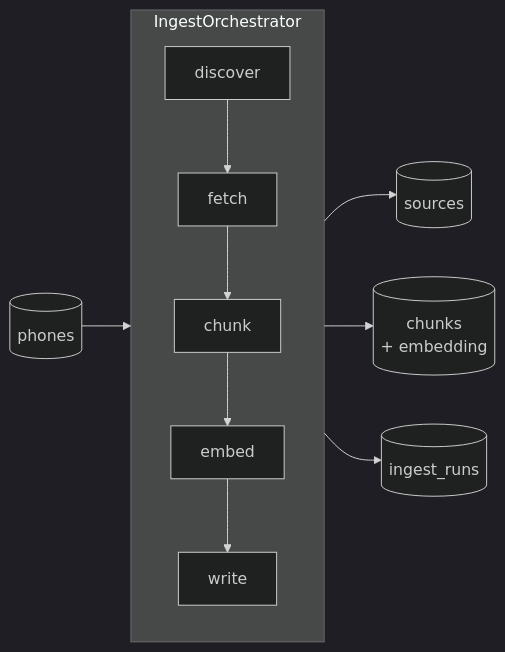
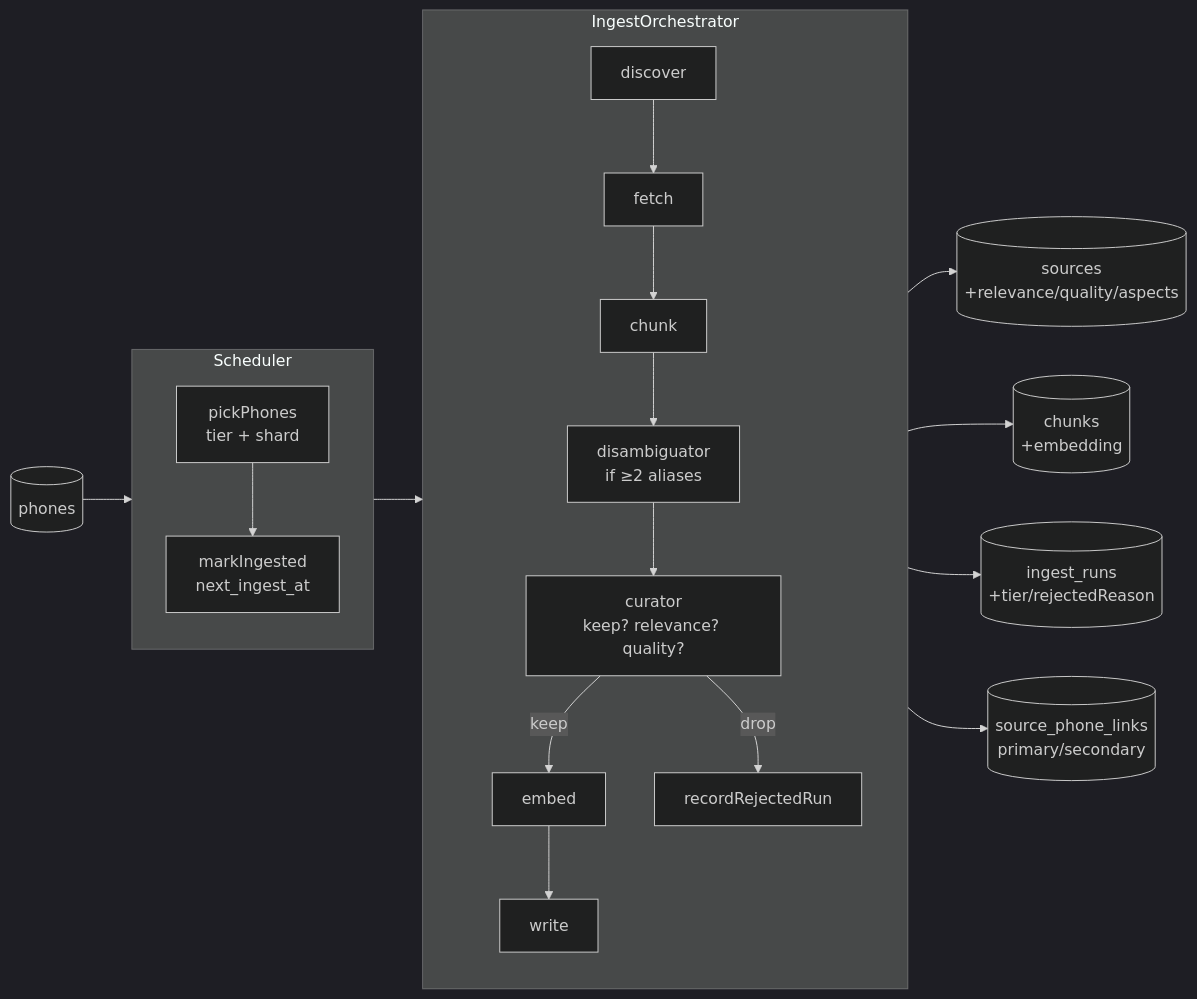
Before and after one commit to rohang1411/RECSY: the diagram in docs/ingest/README.md, drawn with Mermaid (dark theme). The commit also changed other lines of this file and 29 other files, not shown here.

````diff
--- a/docs/ingest/README.md
+++ b/docs/ingest/README.md
@@ -35,11 +52,20 @@
 ```mermaid
 flowchart LR
+  subgraph Scheduler[Scheduler]
+    direction TB
+    PT[pickPhones<br/>tier + shard] --> MI[markIngested<br/>next_ingest_at]
+  end
   subgraph Orchestrator[IngestOrchestrator]
     direction TB
-    D[discover] --> F[fetch] --> C[chunk] --> E[embed] --> W[write]
+    D[discover] --> F[fetch] --> C[chunk] --> DIS[disambiguator<br/>if ≥2 aliases]
+    DIS --> CUR[curator<br/>keep? relevance? quality?]
+    CUR -->|keep| E[embed] --> W[write]
+    CUR -->|drop| RJ[recordRejectedRun]
   end
-  Phone[(phones)] --> Orchestrator
-  Orchestrator --> Sources[(sources)]
-  Orchestrator --> Chunks[(chunks<br/>+ embedding)]
-  Orchestrator --> Runs[(ingest_runs)]
+  Scheduler --> Orchestrator
+  Phones[(phones)] --> Scheduler
+  Orchestrator --> Sources[(sources<br/>+relevance/quality/aspects)]
+  Orchestrator --> Chunks[(chunks<br/>+embedding)]
+  Orchestrator --> Runs[(ingest_runs<br/>+tier/rejectedReason)]
+  Orchestrator --> Links[(source_phone_links<br/>primary/secondary)]
 ```
````
